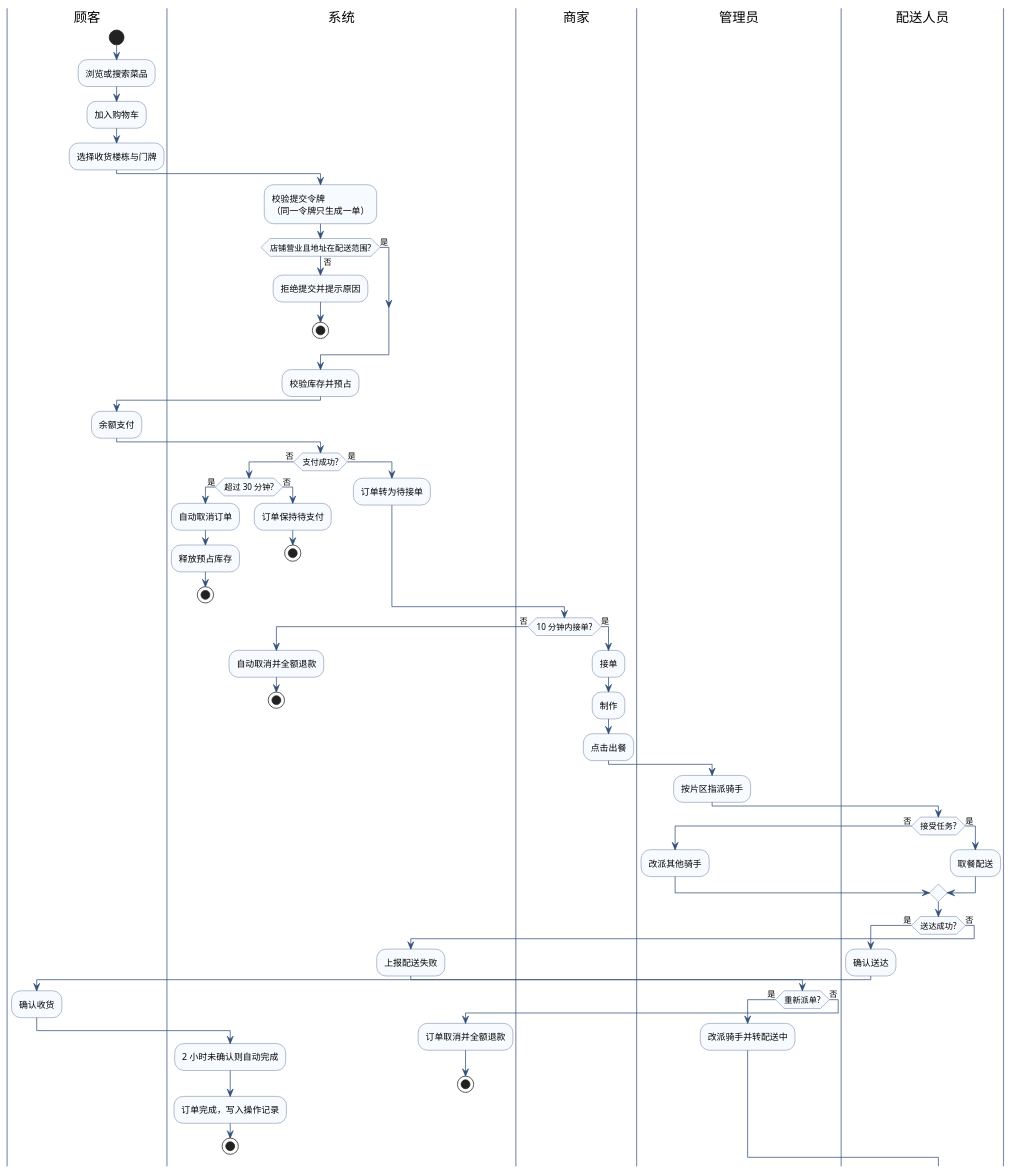
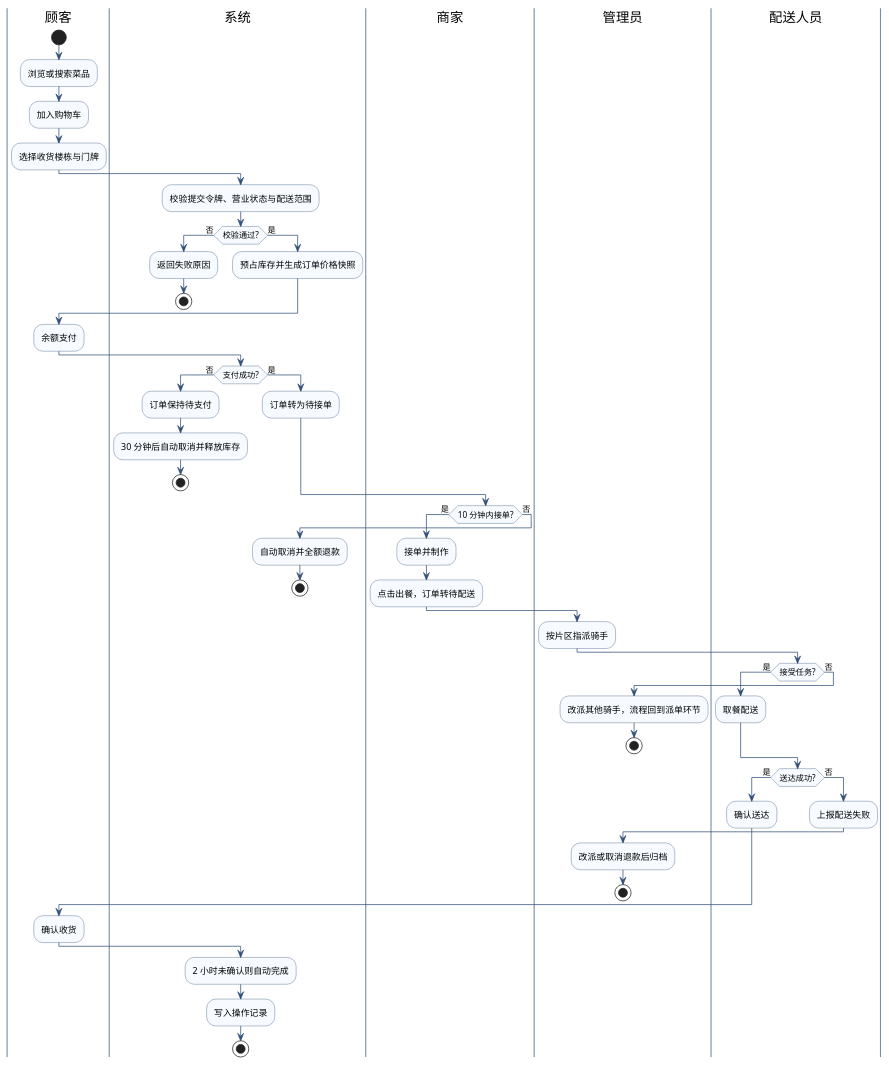
One commit to marcus-37/lab1-takeout changed the diagram in lab2/实验2_241880548_王睿阳/UML/UML活动图.puml. Above: the diagram before and after it, drawn with PlantUML. The commit also changed 13 other files, not shown here.

Commit message:
fix: 按人工审查修改 UML（组件图加网关收口、用例图拆分为两张、活动图去掉跨泳道嵌套）；补实验报告

```diff
--- a/lab2/实验2_241880548_王睿阳/UML/UML活动图.puml
+++ b/lab2/实验2_241880548_王睿阳/UML/UML活动图.puml
@@ -1,87 +1,76 @@
 @startuml UML活动图
 skinparam backgroundColor #FFFFFF
 skinparam shadowing false
 skinparam activityBorderColor #33507A
 skinparam activityBackgroundColor #F7FBFF
 skinparam ArrowColor #33507A
 skinparam swimlaneBorderColor #7A8CA6
 
 |顾客|
 start
 :浏览或搜索菜品;
 :加入购物车;
 :选择收货楼栋与门牌;
 
 |系统|
-:校验提交令牌\n（同一令牌只生成一单）;
-if (店铺营业且地址在配送范围?) then (否)
-  :拒绝提交并提示原因;
+:校验提交令牌、营业状态与配送范围;
+if (校验通过?) then (否)
+  :返回失败原因;
   stop
 else (是)
+  :预占库存并生成订单价格快照;
 endif
-:校验库存并预占;
 
 |顾客|
 :余额支付;
 
 |系统|
 if (支付成功?) then (否)
-  if (超过 30 分钟?) then (是)
-    :自动取消订单;
-    :释放预占库存;
-    stop
-  else (否)
-    :订单保持待支付;
-    stop
-  endif
+  :订单保持待支付;
+  :30 分钟后自动取消并释放库存;
+  stop
 else (是)
   :订单转为待接单;
 endif
 
 |商家|
-if (10 分钟内接单?) then (否)
+if (10 分钟内接单?) then (是)
+  :接单并制作;
+  :点击出餐，订单转待配送;
+else (否)
   |系统|
   :自动取消并全额退款;
   stop
-else (是)
-  |商家|
-  :接单;
-  :制作;
-  :点击出餐;
 endif
 
 |管理员|
 :按片区指派骑手;
 
 |配送人员|
-if (接受任务?) then (否)
+if (接受任务?) then (是)
+  :取餐配送;
+else (否)
   |管理员|
-  :改派其他骑手;
-else (是)
-  |配送人员|
-  :取餐配送;
+  :改派其他骑手，流程回到派单环节;
+  stop
 endif
 
 |配送人员|
 if (送达成功?) then (是)
   :确认送达;
-  |顾客|
-  :确认收货;
-  |系统|
-  :2 小时未确认则自动完成;
-  :订单完成，写入操作记录;
-  stop
 else (否)
   :上报配送失败;
   |管理员|
-  if (重新派单?) then (是)
-    |管理员|
-    :改派骑手并转配送中;
-  else (否)
-    |系统|
-    :订单取消并全额退款;
-    stop
-  endif
+  :改派或取消退款后归档;
+  stop
 endif
 
+|顾客|
+:确认收货;
+
+|系统|
+:2 小时未确认则自动完成;
+:写入操作记录;
+stop
+
 @enduml
```
